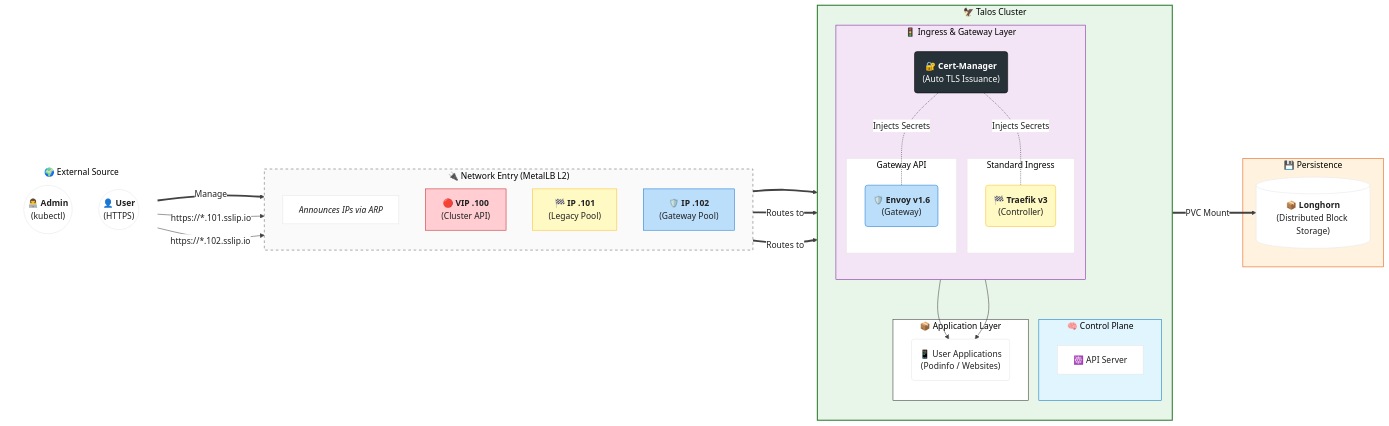
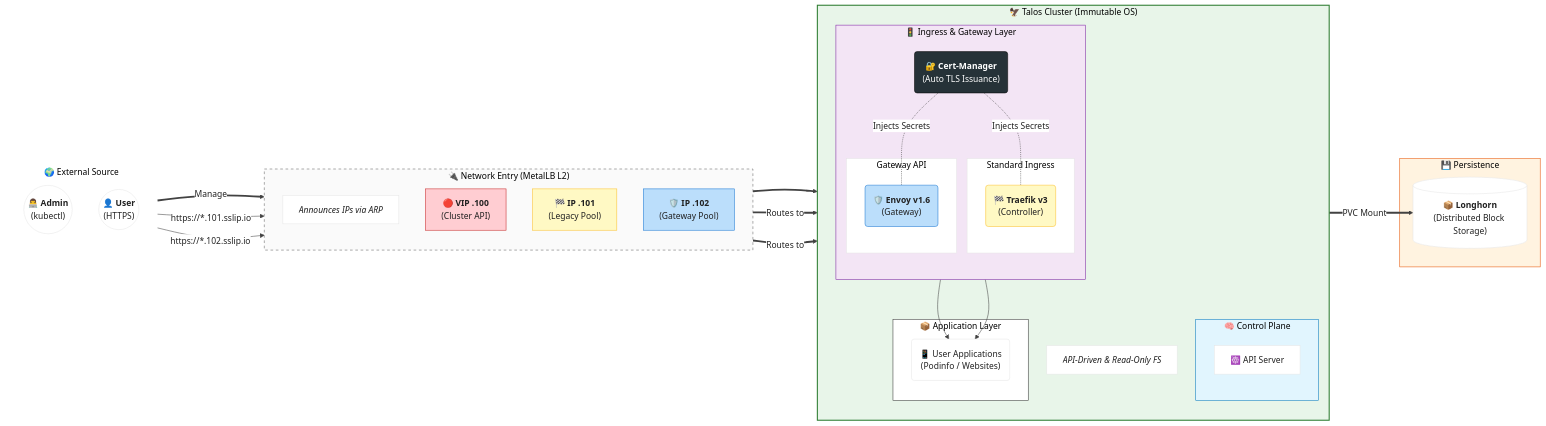
The diagram in readme.md (engabelal/kubernetes-ha-talos), drawn with Mermaid before and after one commit.

Commit message:
docs: highlight Talos Linux immutability in architecture diagram

```diff
--- a/readme.md
+++ b/readme.md
@@ -34,8 +34,10 @@
     %% ==========================================
     %% 3. CLUSTER & ROUTING
     %% ==========================================
-    subgraph S3 ["🦅 Talos Cluster"]
+    subgraph S3 ["🦅 Talos Cluster (Immutable OS)"]
         direction TB
+
+        note_os["<i>API-Driven & Read-Only FS</i>"]
 
         subgraph CP ["🧠 Control Plane"]
             api["☸️ API Server"]
```
